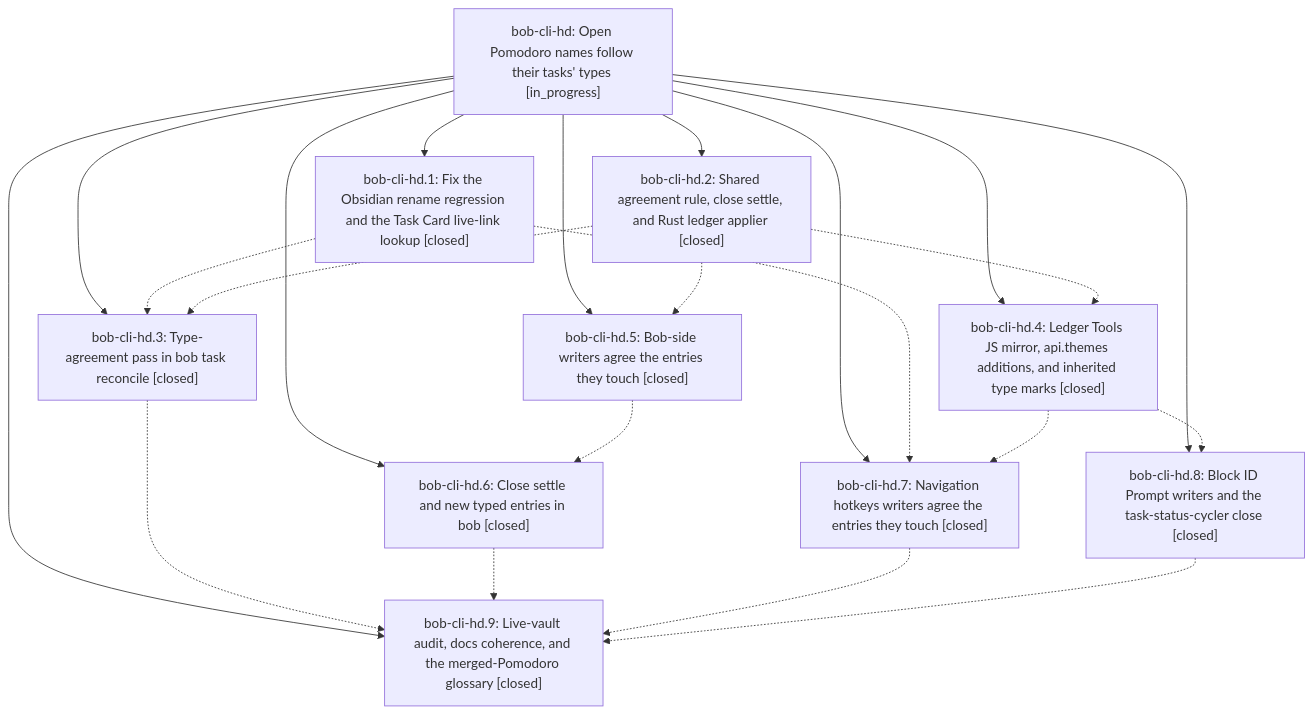
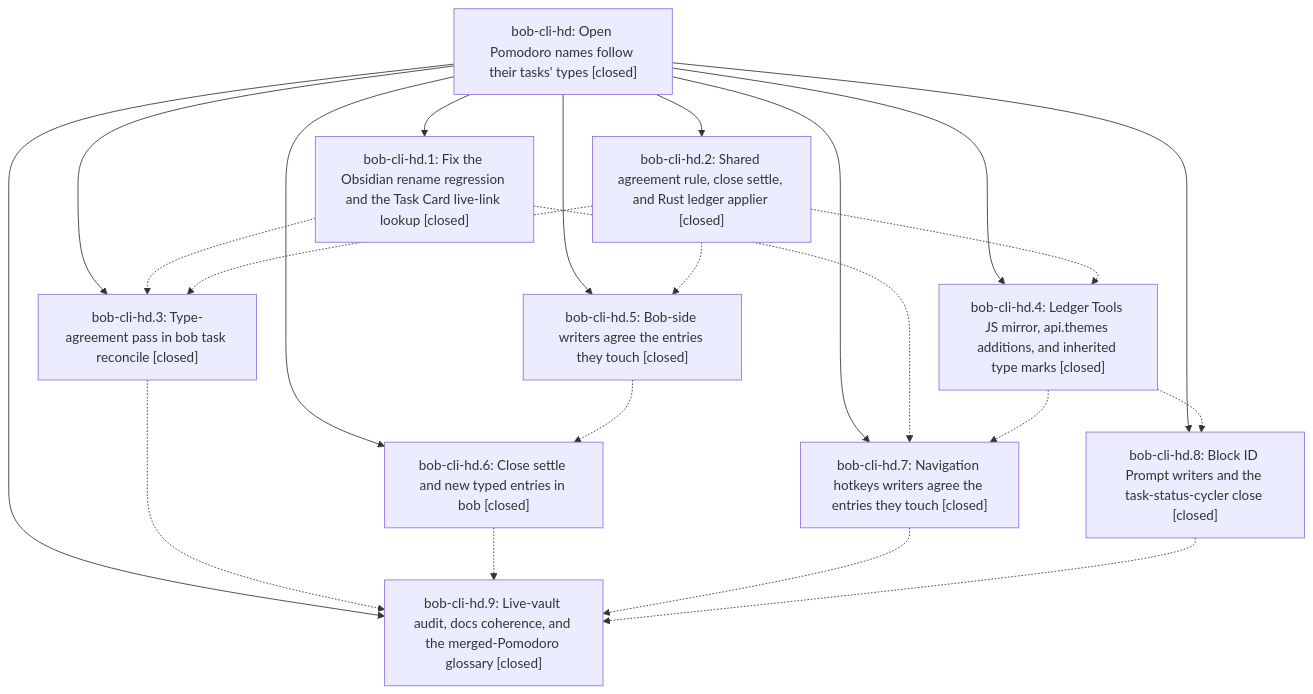
Before and after one commit to bobs-org/bob-cli--beads: the diagram in pages/bob-cli-hd/README.md, drawn with Mermaid. The commit also changed other lines of this file and 2 other files, not shown here.

First line of the commit message:
chore(beads): sync bead state and pages for bob-cli-hd

````diff
--- a/pages/bob-cli-hd/README.md
+++ b/pages/bob-cli-hd/README.md
@@ -44,34 +50,34 @@
 ```mermaid
 flowchart TD
-    n0["bob-cli-hd: Open Pomodoro names follow their tasks' types [in_progress]"]
+    n0["bob-cli-hd: Open Pomodoro names follow their tasks' types [closed]"]
     n1["bob-cli-hd.1: Fix the Obsidian rename regression and the Task Card live-link lookup [closed]"]
     n2["bob-cli-hd.2: Shared agreement rule, close settle, and Rust ledger applier [closed]"]
     n3["bob-cli-hd.3: Type-agreement pass in bob task reconcile [closed]"]
     n4["bob-cli-hd.4: Ledger Tools JS mirror, api.themes additions, and inherited type marks [closed]"]
     n5["bob-cli-hd.5: Bob-side writers agree the entries they touch [closed]"]
     n6["bob-cli-hd.6: Close settle and new typed entries in bob [closed]"]
     n7["bob-cli-hd.7: Navigation hotkeys writers agree the entries they touch [closed]"]
     n8["bob-cli-hd.8: Block ID Prompt writers and the task-status-cycler close [closed]"]
     n9["bob-cli-hd.9: Live-vault audit, docs coherence, and the merged-Pomodoro glossary [closed]"]
     n0 --> n1
     n0 --> n2
     n0 --> n3
     n0 --> n4
     n0 --> n5
     n0 --> n6
     n0 --> n7
     n0 --> n8
     n0 --> n9
     n1 -.-> n3
     n1 -.-> n7
     n2 -.-> n3
     n2 -.-> n4
     n2 -.-> n5
     n3 -.-> n9
     n4 -.-> n7
     n4 -.-> n8
     n5 -.-> n6
     n6 -.-> n9
     n7 -.-> n9
     n8 -.-> n9
 ```
````
